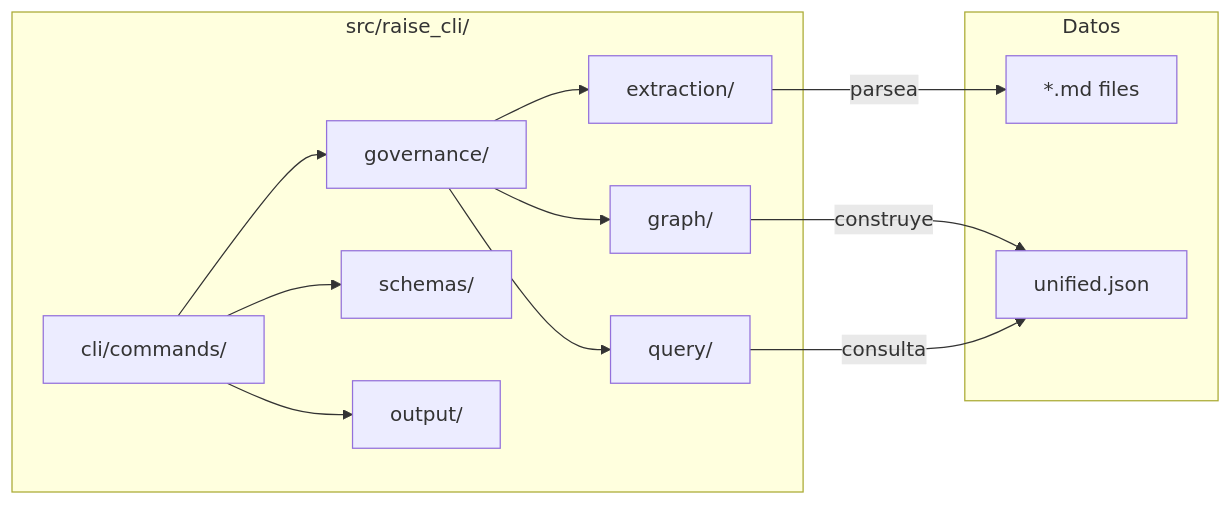
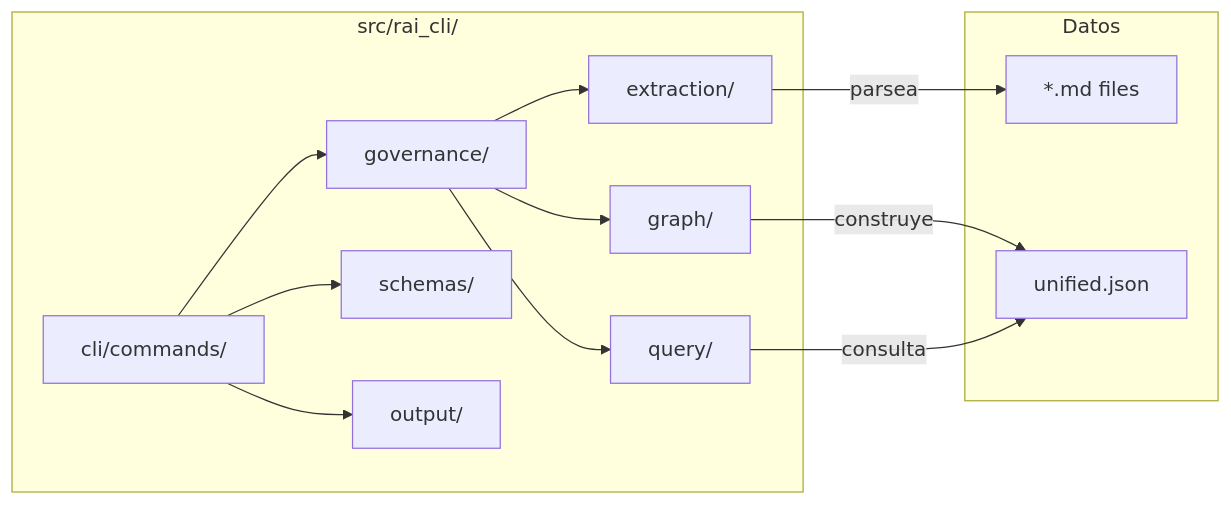
One commit to humansys/raise changed the third of 7 diagrams in dev/onboarding-fer-v2-overview.md. Above: the diagram before and after it, drawn with Mermaid. The commit also changed other lines of this file and 339 other files, not shown here.

First line of the commit message:
docs(S-RENAME): update skills, docs, and config for raise→rai rename

````diff
--- a/dev/onboarding-fer-v2-overview.md
+++ b/dev/onboarding-fer-v2-overview.md
@@ -54,17 +54,17 @@
 ```mermaid
 graph LR
-    subgraph "src/raise_cli/"
+    subgraph "src/rai_cli/"
         CLI[cli/commands/] --> GOV[governance/]
         GOV --> EXT[extraction/]
         GOV --> GRA[graph/]
         GOV --> QRY[query/]
         CLI --> SCH[schemas/]
         CLI --> OUT[output/]
     end
 
     subgraph "Datos"
         EXT --> |parsea| MD[*.md files]
         GRA --> |construye| UG[unified.json]
         QRY --> |consulta| UG
     end
 ```
````
